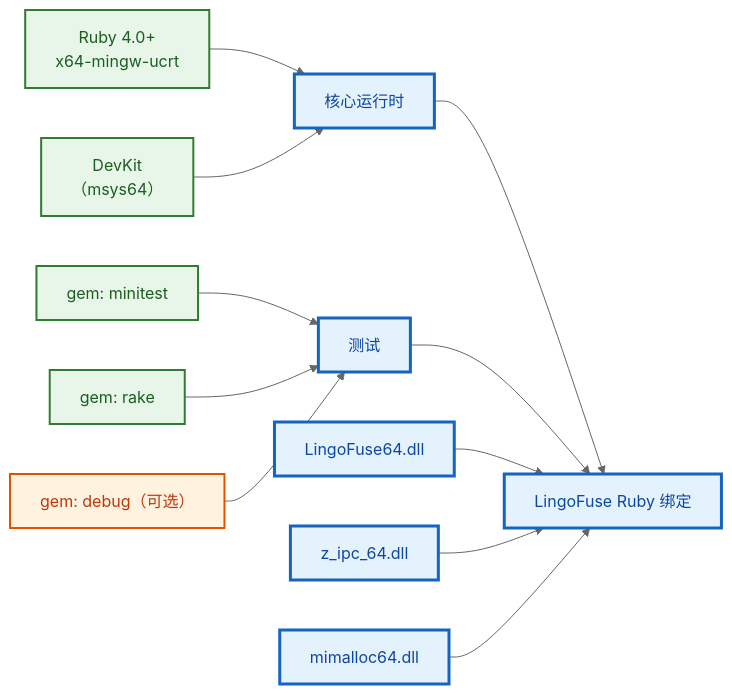
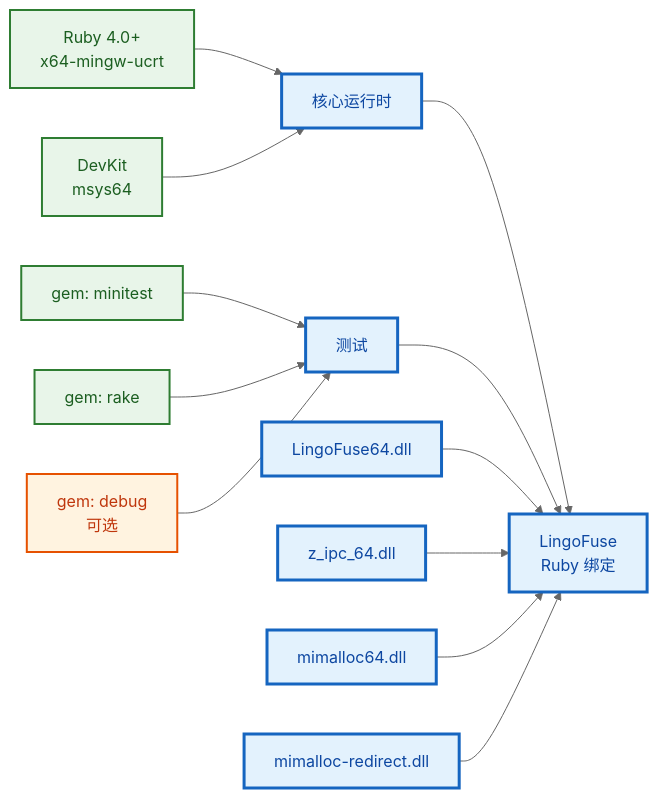
One commit to PassByYou888/LingoFuse changed the seventh of 23 diagrams in ruby/README.md. Above: the diagram before and after it, drawn with Mermaid (neutral theme). The commit also changed other lines of this file, not shown here.

````diff
--- a/ruby/README.md
+++ b/ruby/README.md
@@ -377,21 +325,22 @@
 ```mermaid
 flowchart LR
-    A["Ruby 4.0+<br/>x64-mingw-ucrt"] --> D["核心运行时"]
-    B["DevKit<br/>（msys64）"] --> D
-    C["gem: minitest"] --> T["测试"]
-    C2["gem: rake"] --> T
-    C3["gem: debug（可选）"] --> T
-    D --> LF["LingoFuse Ruby 绑定"]
-    T --> LF
-    N1["LingoFuse64.dll"] --> LF
-    N2["z_ipc_64.dll"] --> LF
-    N3["mimalloc64.dll"] --> LF
+    Ruby["Ruby 4.0+<br/>x64-mingw-ucrt"] --> Runtime["核心运行时"]
+    DevKit["DevKit<br/>msys64"] --> Runtime
+    Minitest["gem: minitest"] --> Tests["测试"]
+    Rake["gem: rake"] --> Tests
+    Debug["gem: debug<br/>可选"] --> Tests
+    Runtime --> LF["LingoFuse<br/>Ruby 绑定"]
+    Tests --> LF
+    DLL["LingoFuse64.dll"] --> LF
+    IPC["z_ipc_64.dll"] --> LF
+    MI["mimalloc64.dll"] --> LF
+    MIRed["mimalloc-redirect.dll"] --> LF
 
     classDef req fill:#E8F5E9,stroke:#2E7D32,stroke-width:2px,color:#1B5E20
     classDef opt fill:#FFF3E0,stroke:#E65100,stroke-width:2px,color:#BF360C
     classDef core fill:#E3F2FD,stroke:#1565C0,stroke-width:3px,color:#0D47A1
 
-    class A,B,C,C2 req
-    class C3 opt
-    class D,LF,T,N1,N2,N3 core
+    class Ruby,DevKit,Minitest,Rake req
+    class Debug opt
+    class Runtime,Tests,LF,DLL,IPC,MI,MIRed core
 ```
````
